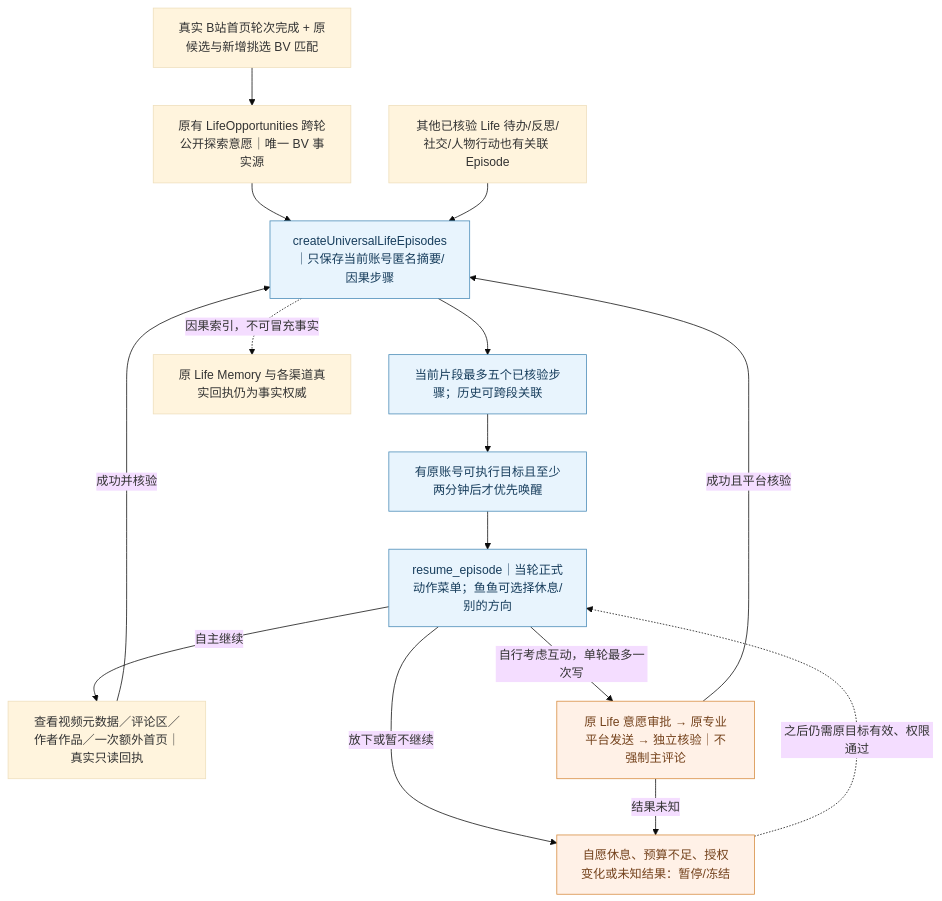
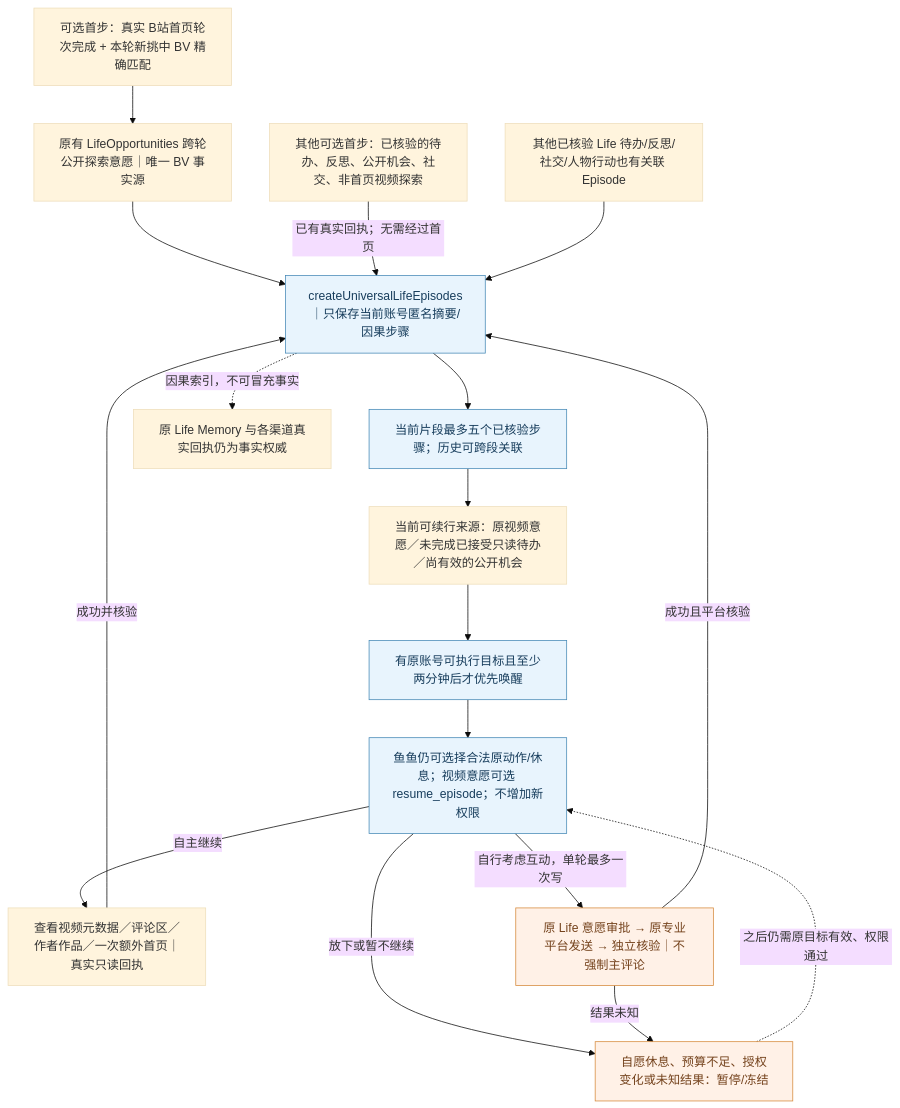
Before and after one commit to minedalang/dsh-dafeiyu-life: the diagram in docs/architecture/diagrams/life-universal-episodes-current.mmd, drawn with Mermaid (base theme). The commit also changed 7 other files, not shown here.

```diff
--- a/docs/architecture/diagrams/life-universal-episodes-current.mmd
+++ b/docs/architecture/diagrams/life-universal-episodes-current.mmd
@@ -1,37 +1,43 @@
 %% dev.36 Universal Episode：有意义的自主动作共享因果归属，不改变原平台授权
 flowchart TB
-  child["真实 B站首页轮次完成 + 原候选与新增挑选 BV 匹配"]
+  child["可选首步：真实 B站首页轮次完成 + 本轮新挑中 BV 精确匹配"]
+  firstOther["其他可选首步：已核验的待办、反思、公开机会、社交、非首页视频探索"]
+  eligible["当前可续行来源：原视频意愿／未完成已接受只读待办／尚有效的公开机会"]
   canonical["原有 LifeOpportunities 跨轮公开探索意愿｜唯一 BV 事实源"]
   record["createUniversalLifeEpisodes｜只保存当前账号匿名摘要/因果步骤"]
   context["当前片段最多五个已核验步骤；历史可跨段关联"]
   due["有原账号可执行目标且至少两分钟后才优先唤醒"]
-  menu["resume_episode｜当轮正式动作菜单；鱼鱼可选择休息/别的方向"]
+  menu["鱼鱼仍可选择合法原动作/休息；视频意愿可选 resume_episode；不增加新权限"]
   read["查看视频元数据／评论区／作者作品／一次额外首页｜真实只读回执"]
   write["原 Life 意愿审批 → 原专业平台发送 → 独立核验｜不强制主评论"]
   pause["自愿休息、预算不足、授权变化或未知结果：暂停/冻结"]
   other["其他已核验 Life 待办/反思/社交/人物行动也有关联 Episode"]
   memory["原 Life Memory 与各渠道真实回执仍为事实权威"]
-  child --> canonical --> record --> context --> due --> menu
+  child --> canonical --> record
+  firstOther -->|已有真实回执；无需经过首页| record
+  record --> context --> eligible --> due --> menu
   menu -->|自主继续| read -->|成功并核验| record
   menu -->|自行考虑互动，单轮最多一次写| write -->|成功且平台核验| record
   menu -->|放下或暂不继续| pause
   write -->|结果未知| pause
   other --> record
   record -.->|因果索引，不可冒充事实| memory
   pause -.->|之后仍需原目标有效、权限通过| menu
   classDef safe fill:#e8f4fd,stroke:#4689b6,color:#173d5c
   classDef caveat fill:#fff1e7,stroke:#d68a3c,color:#74421c
   class record,context,menu,due safe
   class pause,write caveat
 
 %% @code child | index.js | const episode=lifeOpportunities.beginHomeExploration
 %% @code canonical | lib/life-opportunities.mjs | const continuations=
+%% @code firstOther | lib/autonomous-planner.mjs | const good=new Map([
+%% @code eligible | lib/life-episode-entrypoints.mjs | export function eligibleLifeEpisodeSources
 %% @code record | lib/life-universal-episodes.mjs | export function createUniversalLifeEpisodes
 %% @code context | lib/life-universal-episodes.mjs | const view=e=>
 %% @code due | lib/life-universal-episodes.mjs | const due=(
 %% @code menu | lib/autonomous-planner.mjs | action:'resume_episode'
 %% @code read | lib/autonomous-planner.mjs | const continueLifeRead=async
 %% @code write | lib/life-video-action-bridge.mjs | createLifeVideoActionBridge
 %% @code pause | lib/life-universal-episodes.mjs | const pauseLatest=(
 %% @code other | index.js | onEpisodeAction:proof=>universalLifeEpisodes.record(proof)
 %% @code memory | lib/life-memory-coordinator.mjs | createLifeMemoryCoordinator
```
